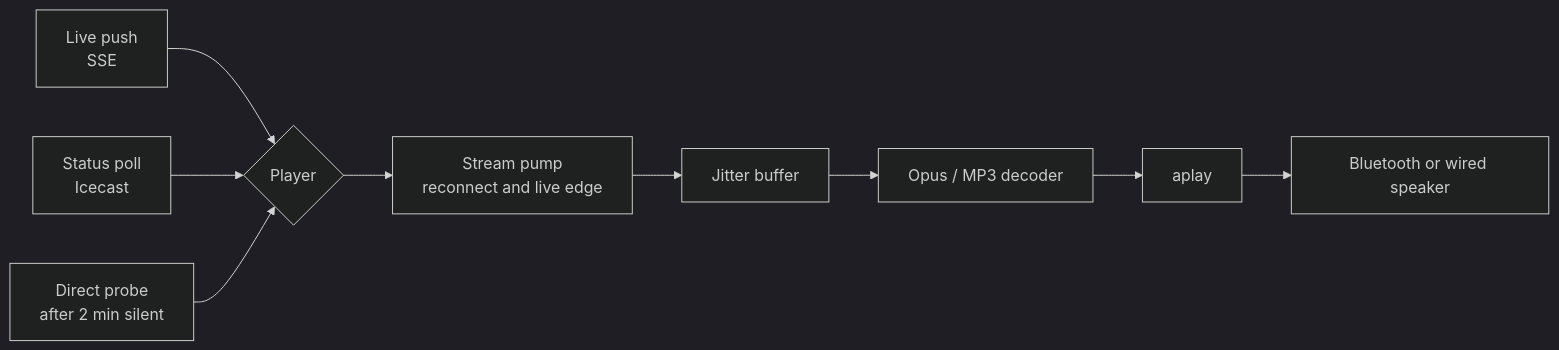
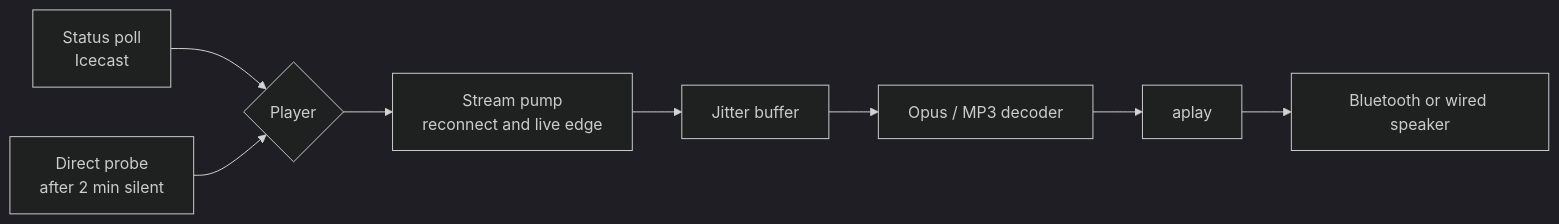
Before and after one commit to MAYasin/Live-Masjid: the diagram in README.md, drawn with Mermaid (dark theme). The commit also changed other lines of this file and 64 other files, not shown here.

````diff
--- a/README.md
+++ b/README.md
@@ -98,11 +98,10 @@
 ```mermaid
 flowchart LR
-    A[Live push<br/>SSE] --> D{Player}
-    B[Status poll<br/>Icecast] --> D
+    B[Status poll<br/>Icecast] --> D{Player}
     C[Direct probe<br/>after 2 min silent] --> D
     D --> E[Stream pump<br/>reconnect and live edge]
     E --> F[Jitter buffer]
     F --> G[Opus / MP3 decoder]
     G --> H[aplay]
     H --> I[Bluetooth or wired speaker]
 ```
````
